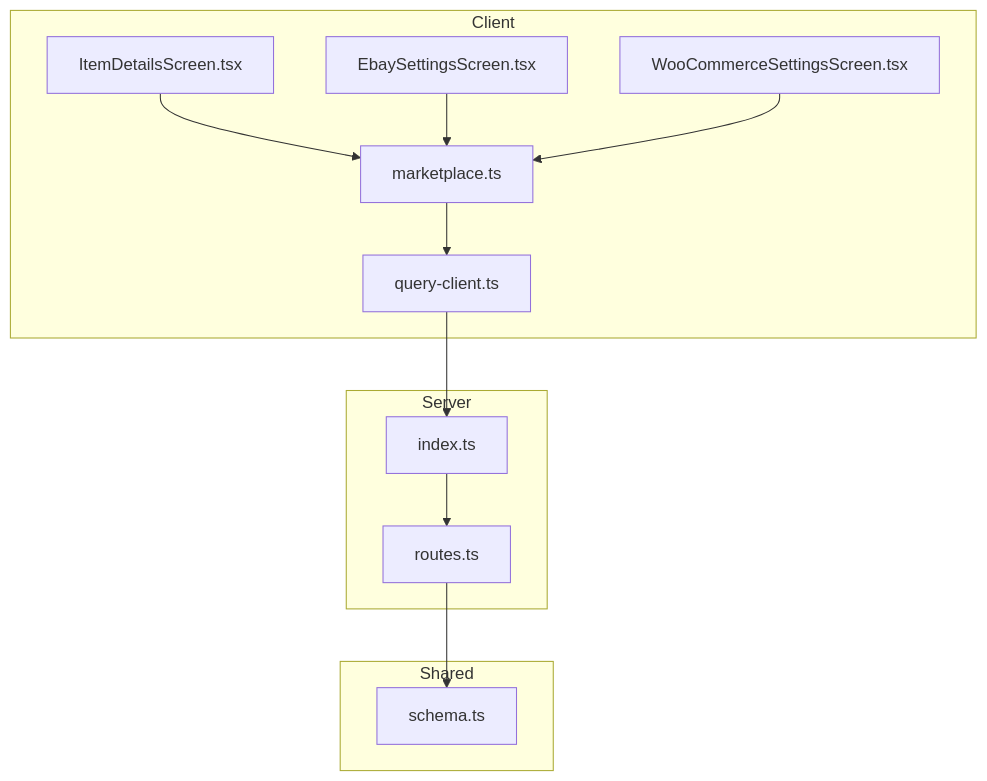
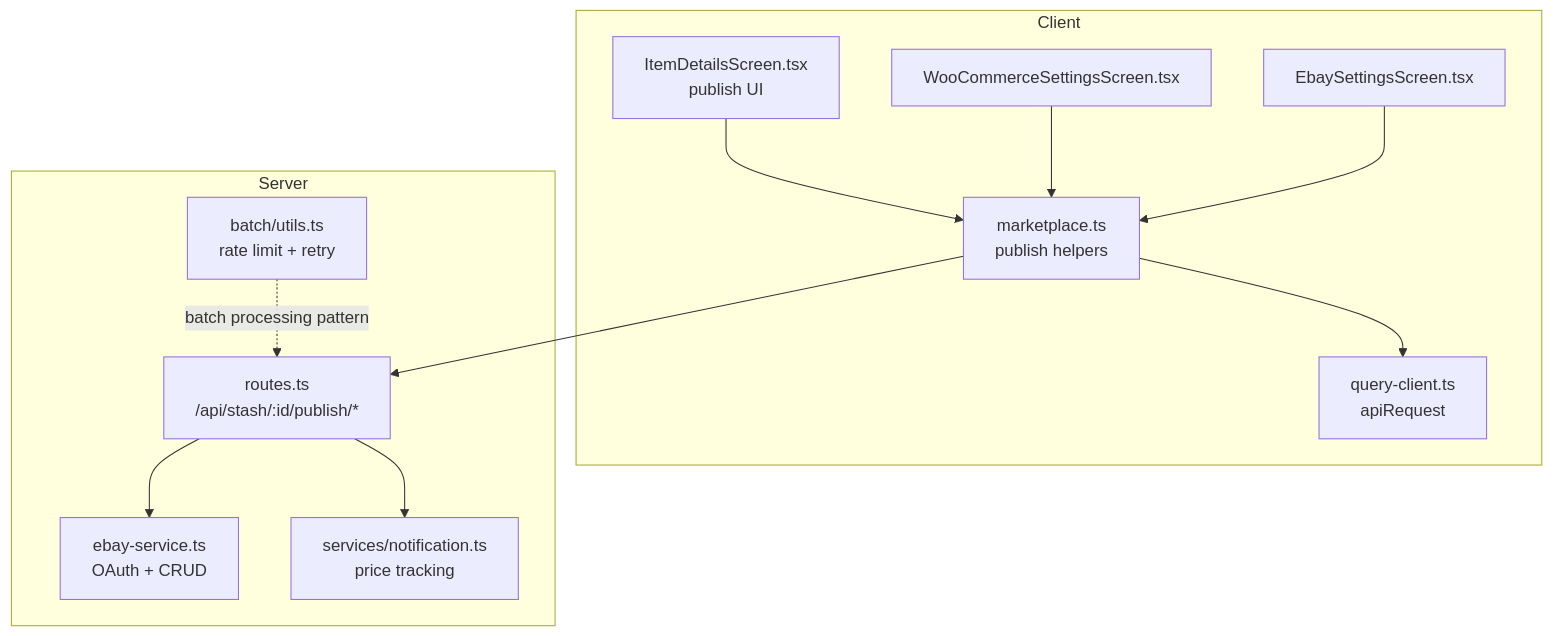
Before and after one commit to hunglevi87/Hidden-Gem: the first of 6 diagrams in .qoder/repowiki/en/content/Marketplace Integration/Marketplace Integration.md, drawn with Mermaid. The commit also changed other lines of this file and 99 other files, not shown here.

````diff
--- a/.qoder/repowiki/en/content/Marketplace Integration/Marketplace Integration.md
+++ b/.qoder/repowiki/en/content/Marketplace Integration/Marketplace Integration.md
@@ -38,24 +42,24 @@
 ```mermaid
 graph TB
 subgraph "Client"
-UI_Item["ItemDetailsScreen.tsx"]
-UI_Ebay["EbaySettingsScreen.tsx"]
-UI_Woo["WooCommerceSettingsScreen.tsx"]
-Lib_Market["marketplace.ts"]
-Lib_Query["query-client.ts"]
-end
-subgraph "Shared"
-Schema["schema.ts"]
+MP["marketplace.ts<br/>publish helpers"]
+Q["query-client.ts<br/>apiRequest"]
+WC["WooCommerceSettingsScreen.tsx"]
+EB["EbaySettingsScreen.tsx"]
+ID["ItemDetailsScreen.tsx<br/>publish UI"]
 end
 subgraph "Server"
-Routes["routes.ts"]
-ServerMain["index.ts"]
+RT["routes.ts<br/>/api/stash/:id/publish/*"]
+ES["ebay-service.ts<br/>OAuth + CRUD"]
+NT["services/notification.ts<br/>price tracking"]
+BT["batch/utils.ts<br/>rate limit + retry"]
 end
-UI_Item --> Lib_Market
-UI_Ebay --> Lib_Market
-UI_Woo --> Lib_Market
-Lib_Market --> Lib_Query
-Lib_Query --> ServerMain
-ServerMain --> Routes
-Routes --> Schema
+MP --> Q
+ID --> MP
+WC --> MP
+EB --> MP
+MP --> RT
+RT --> ES
+RT --> NT
+BT -. "batch processing pattern" .-> RT
 ```
````
